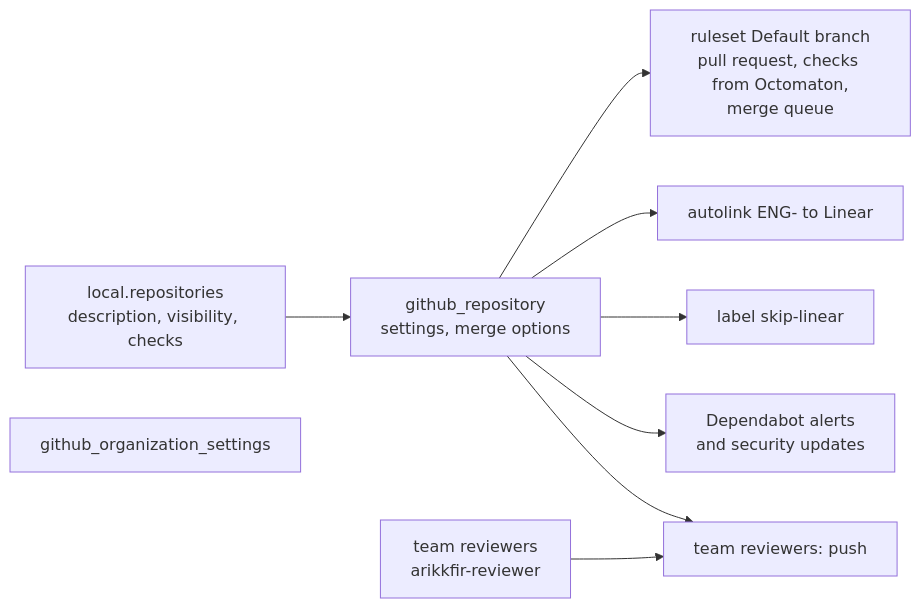
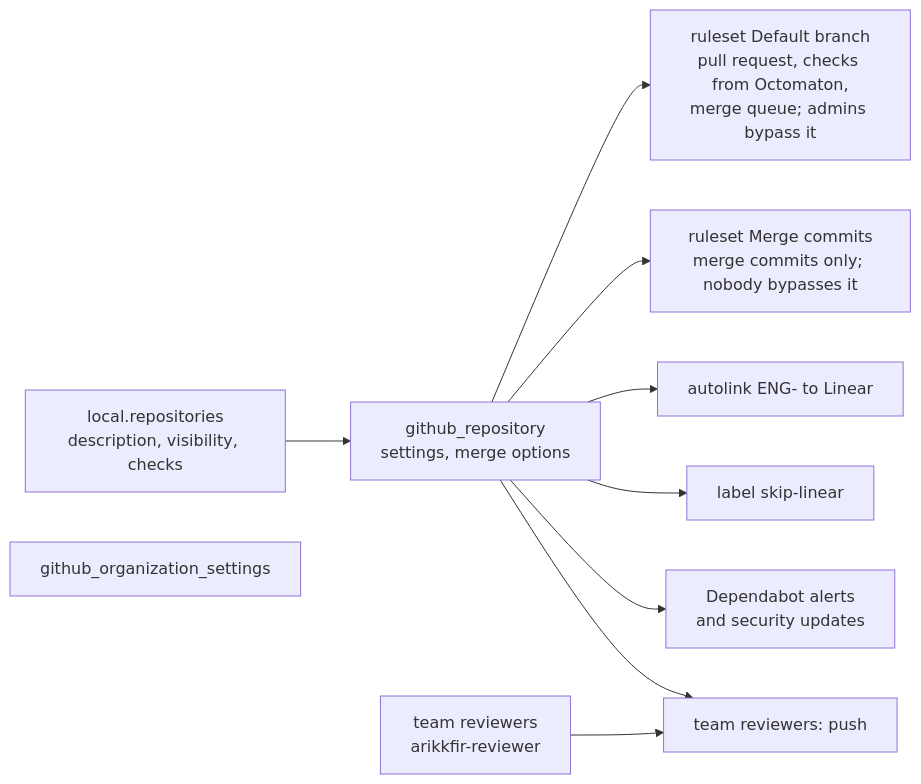
One commit to arikkfir-org/infra changed the diagram in docs/infra/terraform/github.md. Above: the diagram before and after it, drawn with Mermaid. The commit also changed other lines of this file and 3 other files, not shown here.

First line of the commit message:
feat(github): hold admins to merge commits on default branches

````diff
--- a/docs/infra/terraform/github.md
+++ b/docs/infra/terraform/github.md
@@ -5,11 +5,12 @@
 ```mermaid
 flowchart LR
   L["local.repositories<br/>description, visibility, checks"] --> R["github_repository<br/>settings, merge options"]
-  R --> RS["ruleset Default branch<br/>pull request, checks from Octomaton,<br/>merge queue"]
+  R --> RS["ruleset Default branch<br/>pull request, checks from Octomaton,<br/>merge queue; admins bypass it"]
+  R --> MC["ruleset Merge commits<br/>merge commits only; nobody bypasses it"]
   R --> AL["autolink ENG- to Linear"]
   R --> LB["label skip-linear"]
   R --> DB["Dependabot alerts<br/>and security updates"]
   R --> TR["team reviewers: push"]
   T["team reviewers<br/>arikkfir-reviewer"] --> TR
   O["github_organization_settings"]
 ```
````
